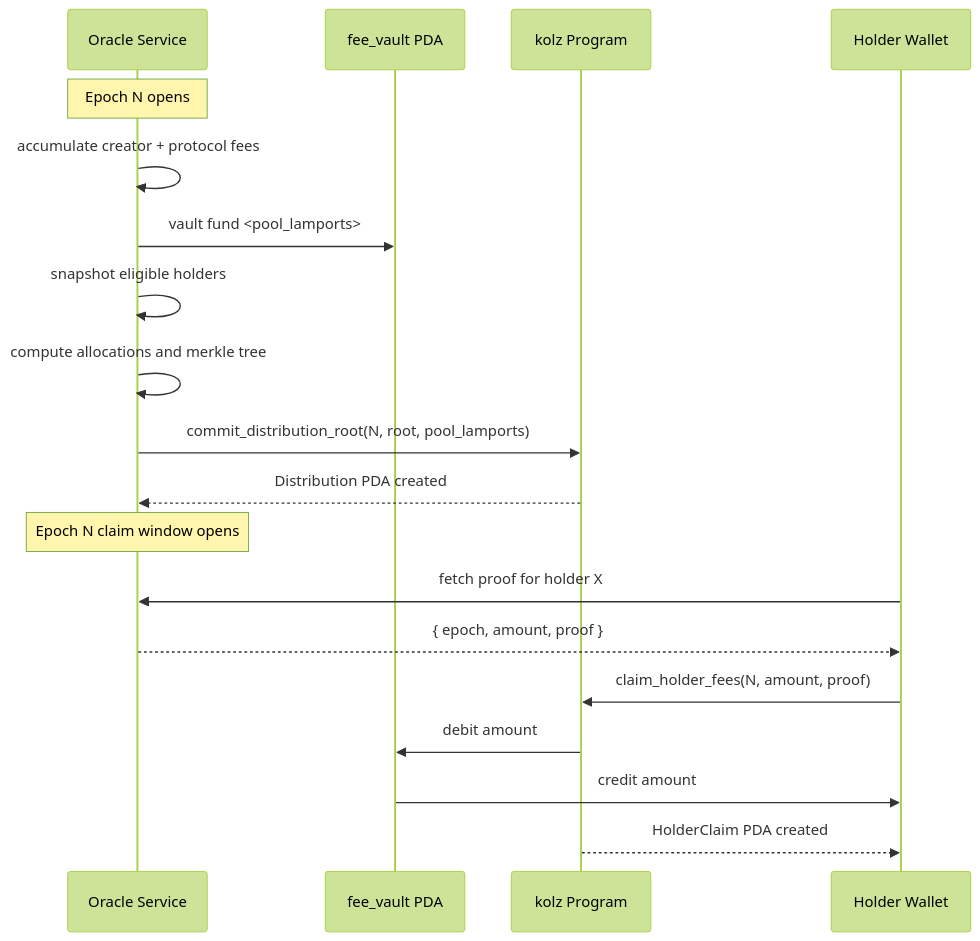
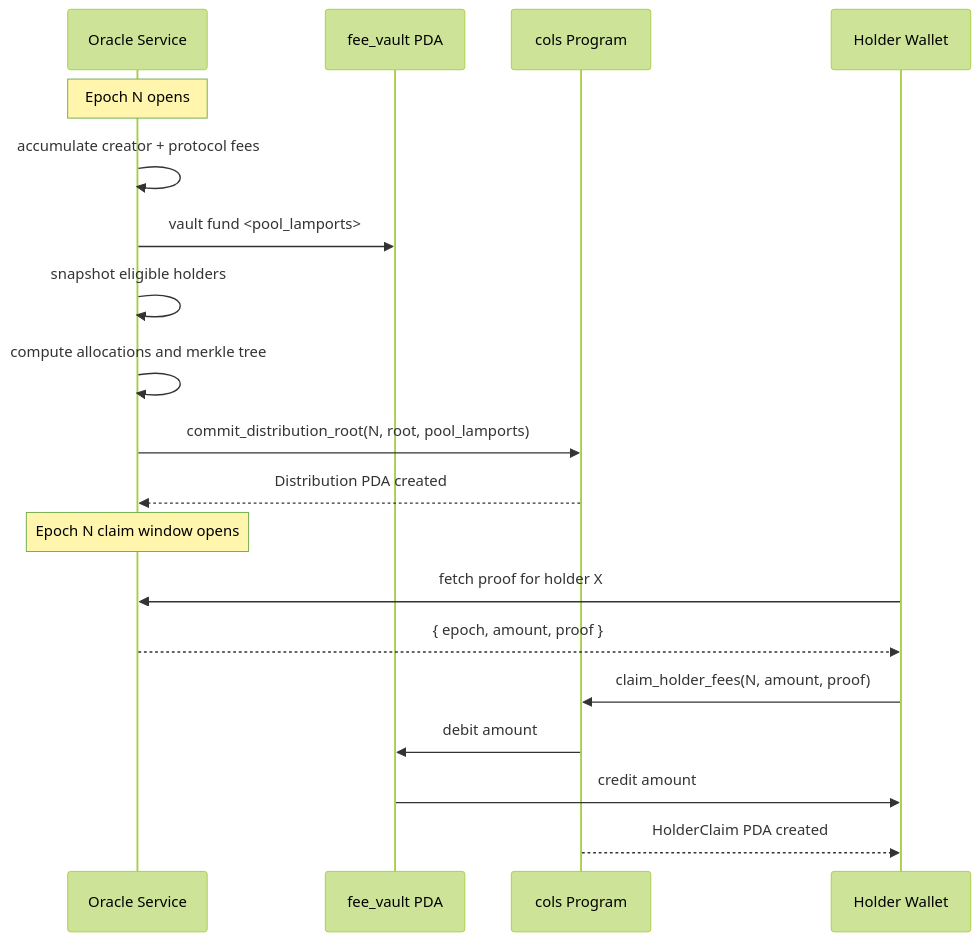
Before and after one commit to Kolzoo/kolz-protocol: the diagram in docs/distributions.md, drawn with Mermaid (forest theme). The commit also changed other lines of this file and 103 other files, not shown here.

Commit message:
refactor: rename project cols to cols across program, sdk, cli, docs

````diff
--- a/docs/distributions.md
+++ b/docs/distributions.md
@@ -7,22 +7,22 @@
 ```mermaid
 sequenceDiagram
     participant OR as Oracle Service
     participant FV as fee_vault PDA
-    participant P as kolz Program
+    participant P as cols Program
     participant H as Holder Wallet
 
     Note over OR: Epoch N opens
     OR->>OR: accumulate creator + protocol fees
     OR->>FV: vault fund <pool_lamports>
     OR->>OR: snapshot eligible holders
     OR->>OR: compute allocations and merkle tree
     OR->>P: commit_distribution_root(N, root, pool_lamports)
     P-->>OR: Distribution PDA created
     Note over OR: Epoch N claim window opens
     H->>OR: fetch proof for holder X
     OR-->>H: { epoch, amount, proof }
     H->>P: claim_holder_fees(N, amount, proof)
     P->>FV: debit amount
     FV->>H: credit amount
     P-->>H: HolderClaim PDA created
 ```
````
